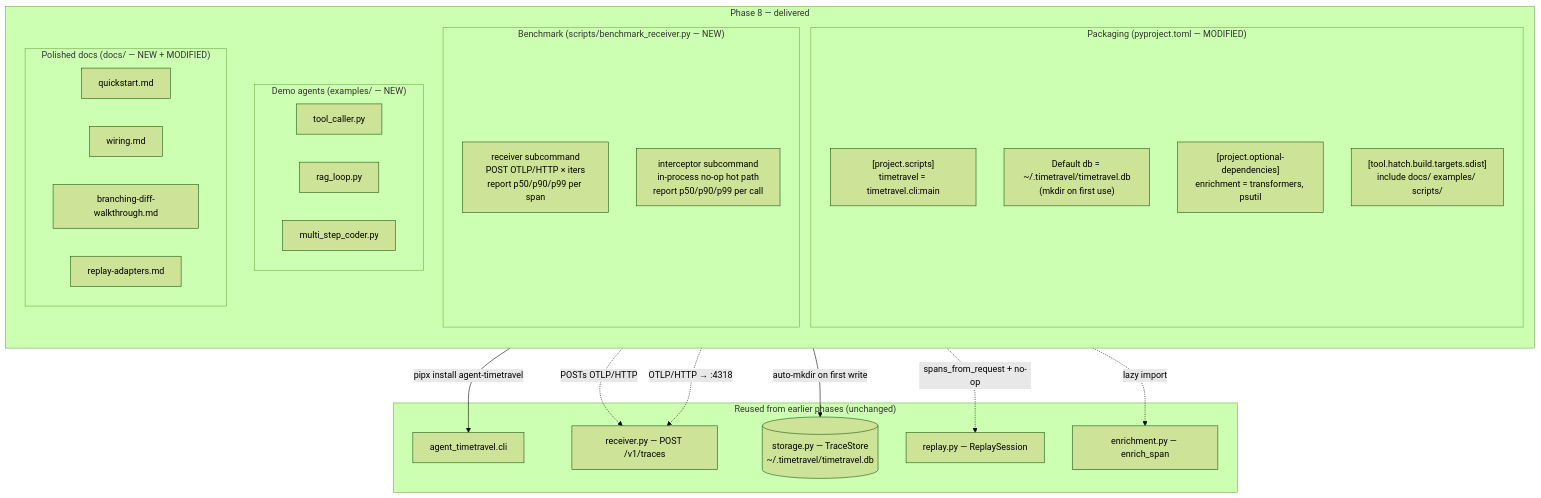
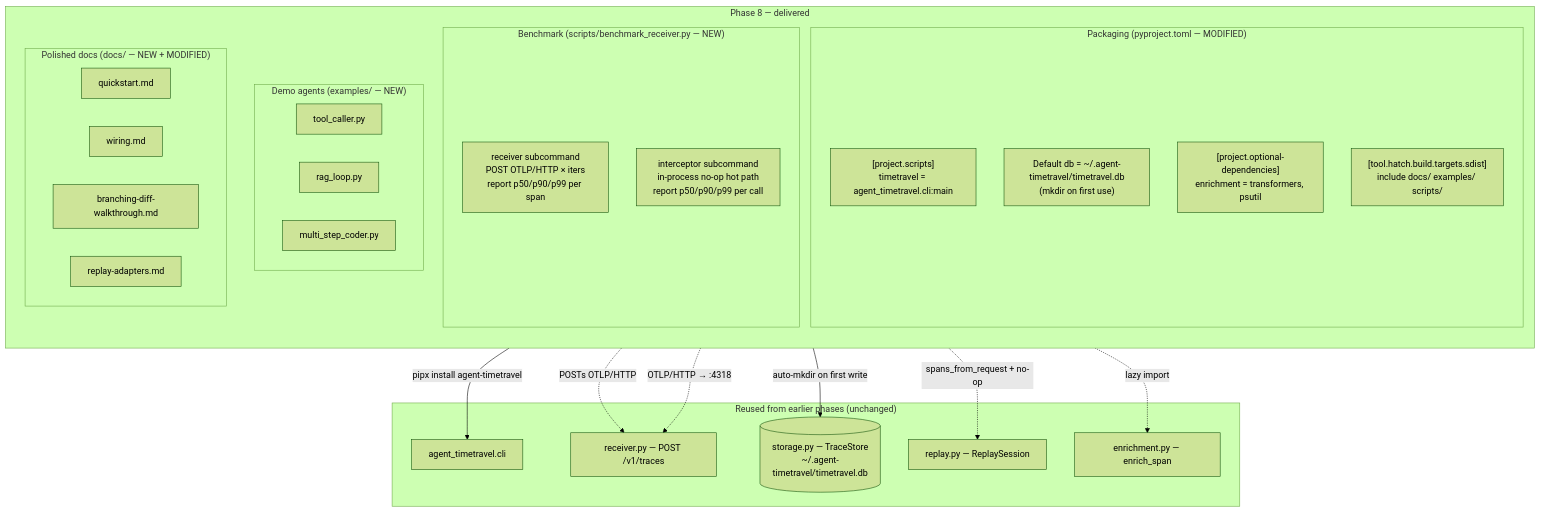
Before and after one commit to akshay-mp/Rewind: the first of 4 diagrams in docs/phases/phase-8.md, drawn with Mermaid (forest theme). The commit also changed other lines of this file and 113 other files, not shown here.

Commit message:
Prepare agent-timetravel 0.2.0 release

````diff
--- a/docs/phases/phase-8.md
+++ b/docs/phases/phase-8.md
@@ -112,41 +112,41 @@
 ```mermaid
 flowchart TB
     subgraph P8["Phase 8 — delivered"]
         direction TB
         subgraph Packaging["Packaging (pyproject.toml — MODIFIED)"]
-            Scripts["[project.scripts]<br/>timetravel = timetravel.cli:main"]
-            DefaultDB["Default db = ~/.timetravel/timetravel.db<br/>(mkdir on first use)"]
+            Scripts["[project.scripts]<br/>timetravel = agent_timetravel.cli:main"]
+            DefaultDB["Default db = ~/.agent-timetravel/timetravel.db<br/>(mkdir on first use)"]
             Extras["[project.optional-dependencies]<br/>enrichment = transformers, psutil"]
             Sdist["[tool.hatch.build.targets.sdist]<br/>include docs/ examples/ scripts/"]
         end
         subgraph Bench["Benchmark (scripts/benchmark_receiver.py — NEW)"]
             RecvBench["receiver subcommand<br/>POST OTLP/HTTP × iters<br/>report p50/p90/p99 per span"]
             IntcBench["interceptor subcommand<br/>in-process no-op hot path<br/>report p50/p90/p99 per call"]
         end
         subgraph Examples["Demo agents (examples/ — NEW)"]
             direction LR
             Tool["tool_caller.py"]
             Rag["rag_loop.py"]
             Coder["multi_step_coder.py"]
         end
         subgraph Docs["Polished docs (docs/ — NEW + MODIFIED)"]
             Quick["quickstart.md"]
             Wiring["wiring.md"]
             Branch["branching-diff-walkthrough.md"]
             Adapters["replay-adapters.md"]
         end
     end
     subgraph Reused["Reused from earlier phases (unchanged)"]
         CLI["agent_timetravel.cli"]
         Receiver["receiver.py — POST /v1/traces"]
-        Store[("storage.py — TraceStore<br/>~/.timetravel/timetravel.db")]
+        Store[("storage.py — TraceStore<br/>~/.agent-timetravel/timetravel.db")]
         Engine["replay.py — ReplaySession"]
         Enrich["enrichment.py — enrich_span"]
     end
     Scripts -->|"pipx install agent-timetravel"| CLI
     DefaultDB -->|"auto-mkdir on first write"| Store
     Extras -.->|"lazy import"| Enrich
     RecvBench -.->|"POSTs OTLP/HTTP"| Receiver
     IntcBench -.->|"spans_from_request + no-op"| Engine
     Examples -.->|"OTLP/HTTP → :4318"| Receiver
 ```
````
